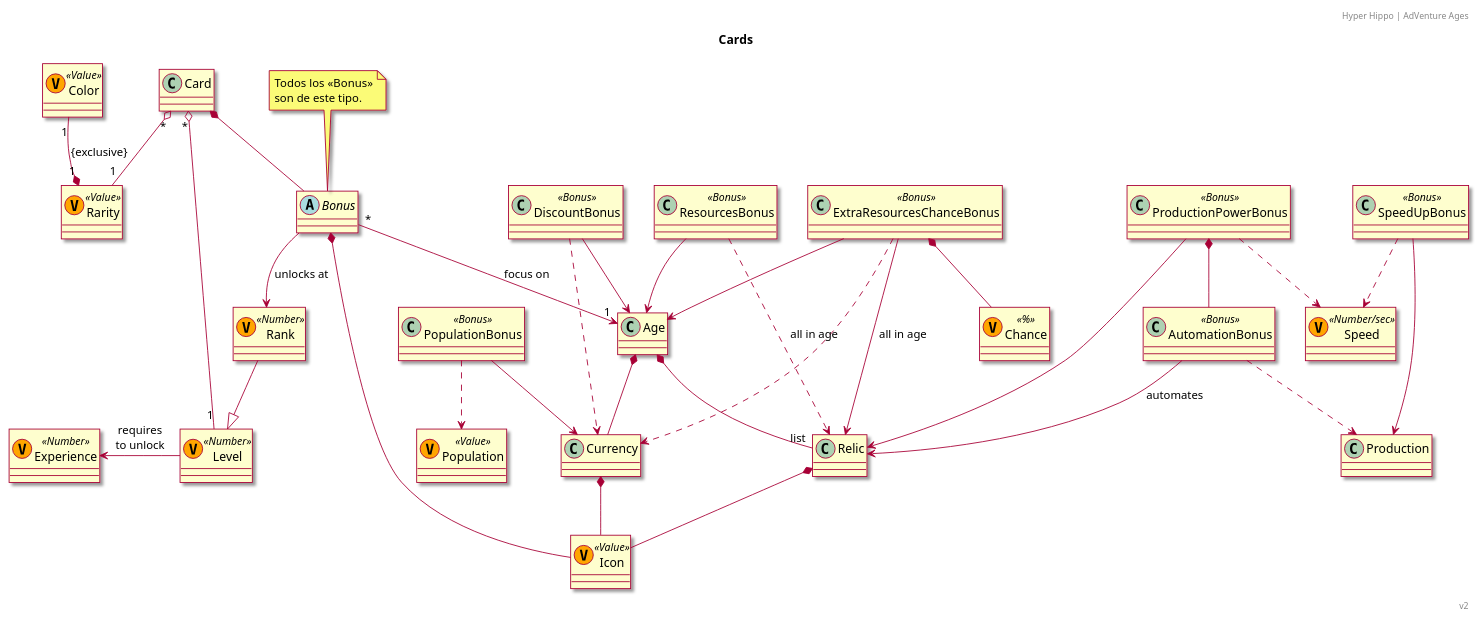
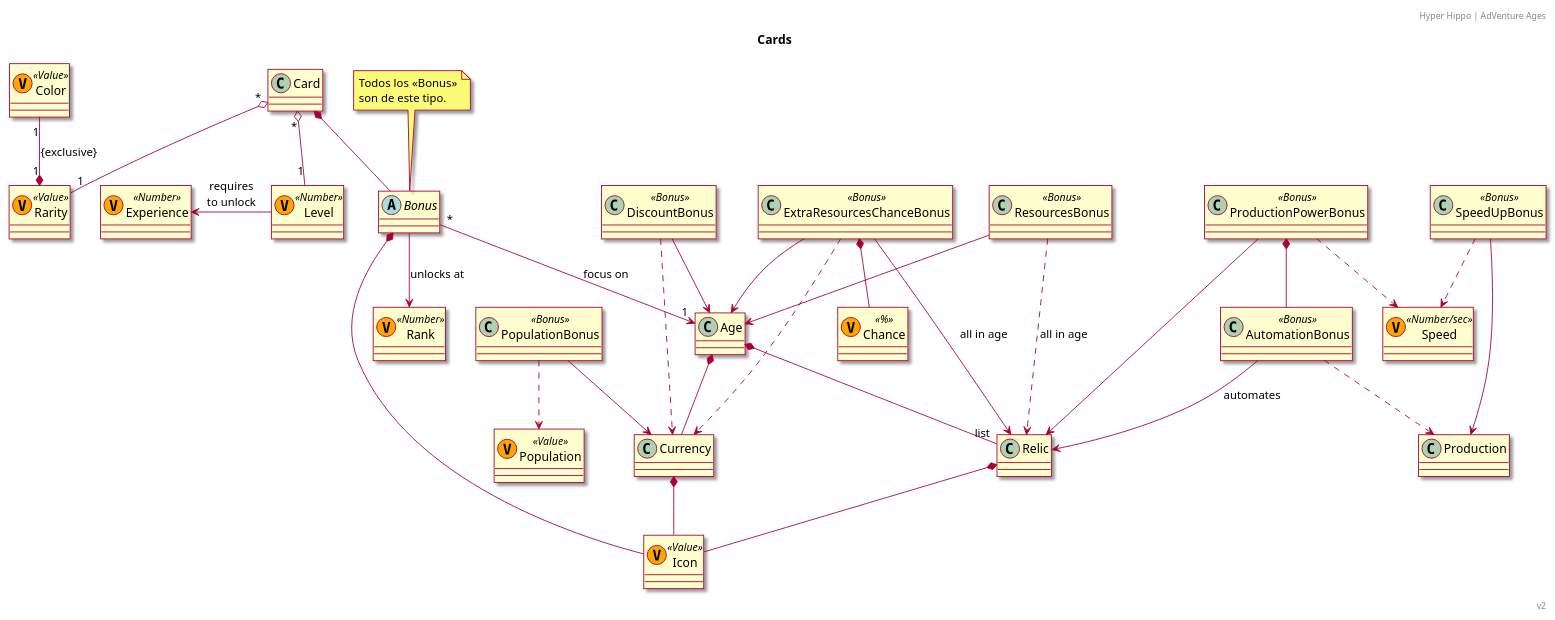
The diagram in Mobile Games/Adventure Ages/Classes.puml (RicardoGuzmanVelasco/DomainModelling), drawn with PlantUML before and after one commit. The commit also changed 2 other files, not shown here.

```diff
--- a/Mobile Games/Adventure Ages/Classes.puml
+++ b/Mobile Games/Adventure Ages/Classes.puml
@@ -107,7 +107,7 @@
 class Population <<(V, orange) Value>>
 class Chance <<(V, orange) %>>
 
-Rank --|> Level
+
 
 note as BonusNote
 Todos los <<Bonus>>
```
